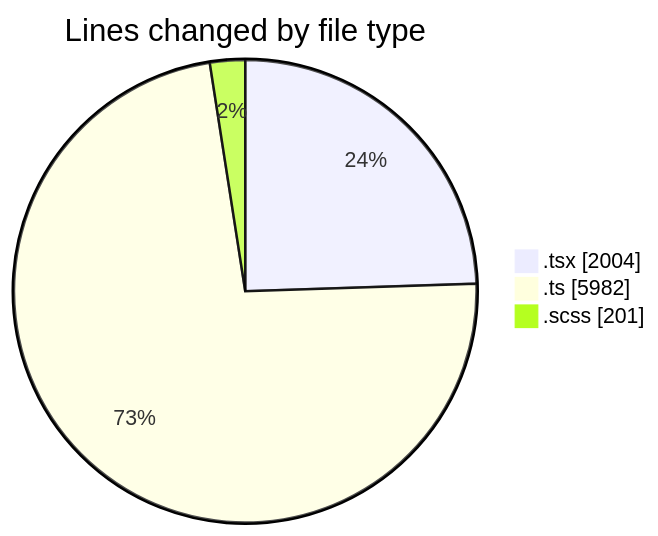
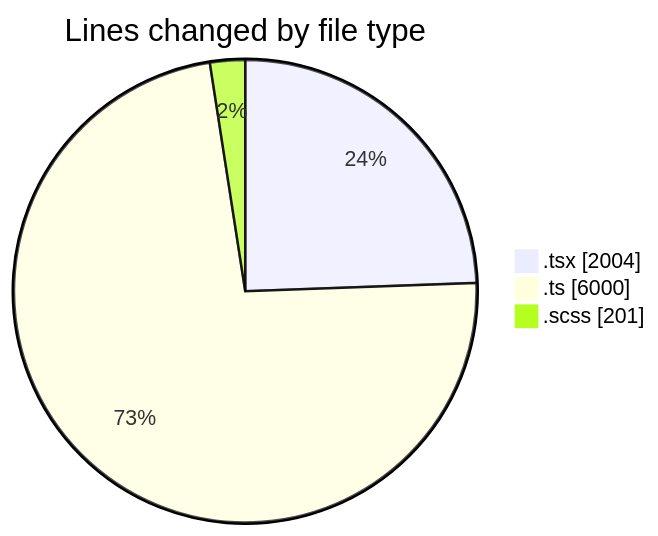
The first of 2 diagrams in 2026-10-14/cda/README.md (momahboobian/code-tracking), drawn with Mermaid before and after one commit. The commit also changed other lines of this file and 1 other file, not shown here.

````diff
--- a/2026-10-14/cda/README.md
+++ b/2026-10-14/cda/README.md
@@ -35,7 +35,7 @@
 ```mermaid
 pie showData
 title Lines changed by file type
 ".tsx" : 2004
-".ts" : 5982
+".ts" : 6000
 ".scss" : 201
 ```
````
